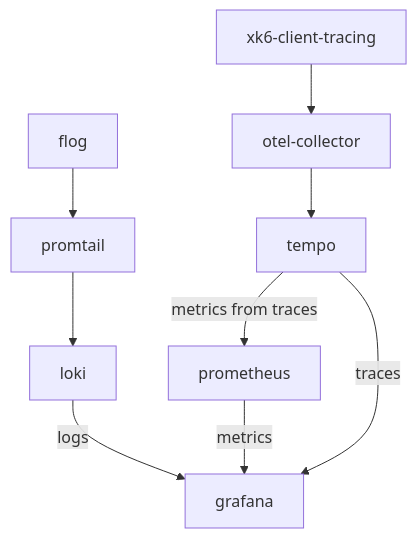
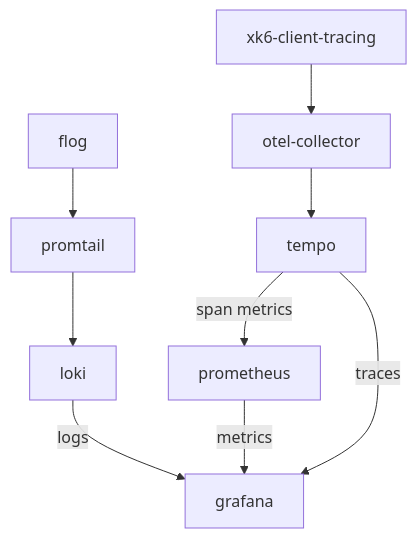
Before and after one commit to abtris/otel-example: the diagram in README.md, drawn with Mermaid.

````diff
--- a/README.md
+++ b/README.md
@@ -29,11 +29,11 @@
 ```mermaid
 flowchart TD
     xk6-client-tracing --> otel-collector
     flog --> promtail
     otel-collector --> tempo
     loki -- logs --> grafana
     prometheus -- metrics --> grafana
     tempo -- traces --> grafana
     promtail --> loki
-    tempo -- metrics from traces --> prometheus
+    tempo -- span metrics --> prometheus
 ```
````
